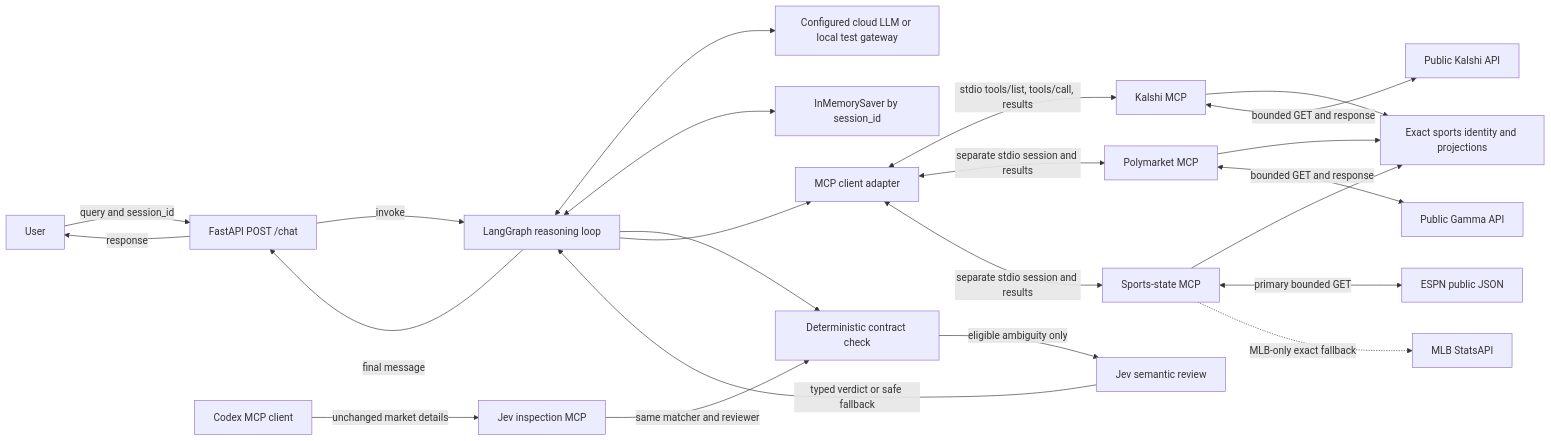
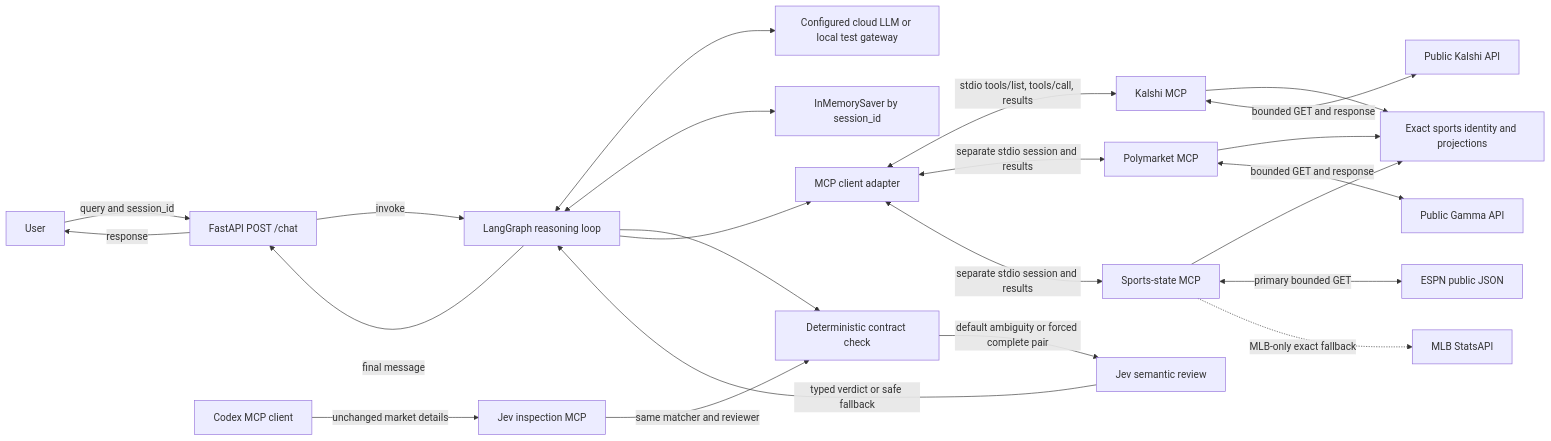
Before and after one commit to waderylan/prediction-market-agent: the first of 3 diagrams in README.md, drawn with Mermaid. The commit also changed other lines of this file and 13 other files, not shown here.

First line of the commit message:
Add forced Jev review mode

````diff
--- a/README.md
+++ b/README.md
@@ -270,25 +274,25 @@
 ```mermaid
 flowchart LR
     U[User] -->|query and session_id| F[FastAPI POST /chat]
     F -->|response| U
     F -->|invoke| G[LangGraph reasoning loop]
     G -->|final message| F
     G <--> L[Configured cloud LLM or local test gateway]
     G <--> M[InMemorySaver by session_id]
     G --> C[Deterministic contract check]
-    C -->|eligible ambiguity only| J[Jev semantic review]
+    C -->|default ambiguity or forced complete pair| J[Jev semantic review]
     J -->|typed verdict or safe fallback| G
     X[Codex MCP client] -->|unchanged market details| JM[Jev inspection MCP]
     JM -->|same matcher and reviewer| C
     G --> A[MCP client adapter]
     A <-->|stdio tools/list, tools/call, results| K[Kalshi MCP]
     A <-->|separate stdio session and results| P[Polymarket MCP]
     A <-->|separate stdio session and results| SS[Sports-state MCP]
     K --> S[Exact sports identity and projections]
     P --> S
     SS --> S
     K <-->|bounded GET and response| KA[Public Kalshi API]
     P <-->|bounded GET and response| PA[Public Gamma API]
     SS <-->|primary bounded GET| ESPN[ESPN public JSON]
     SS -.->|MLB-only exact fallback| MLB[MLB StatsAPI]
 ```
````
